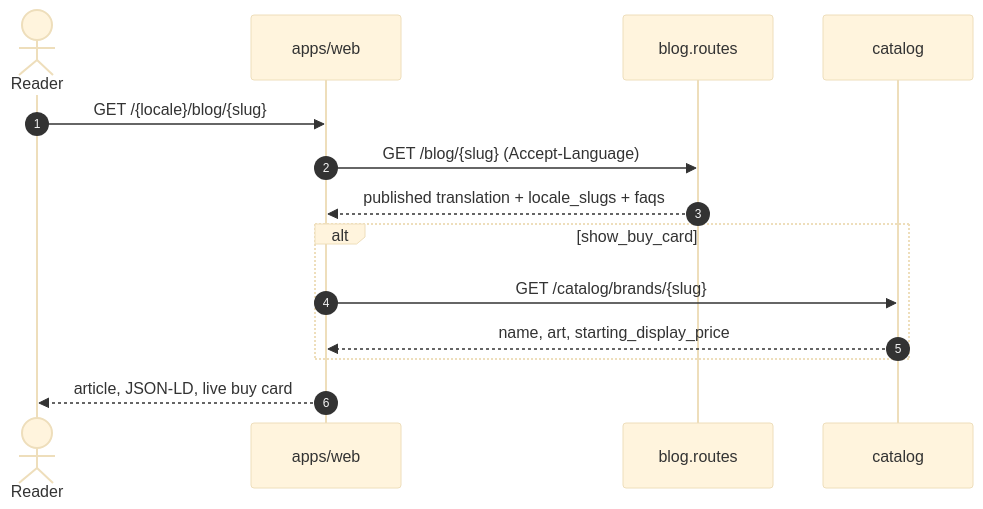
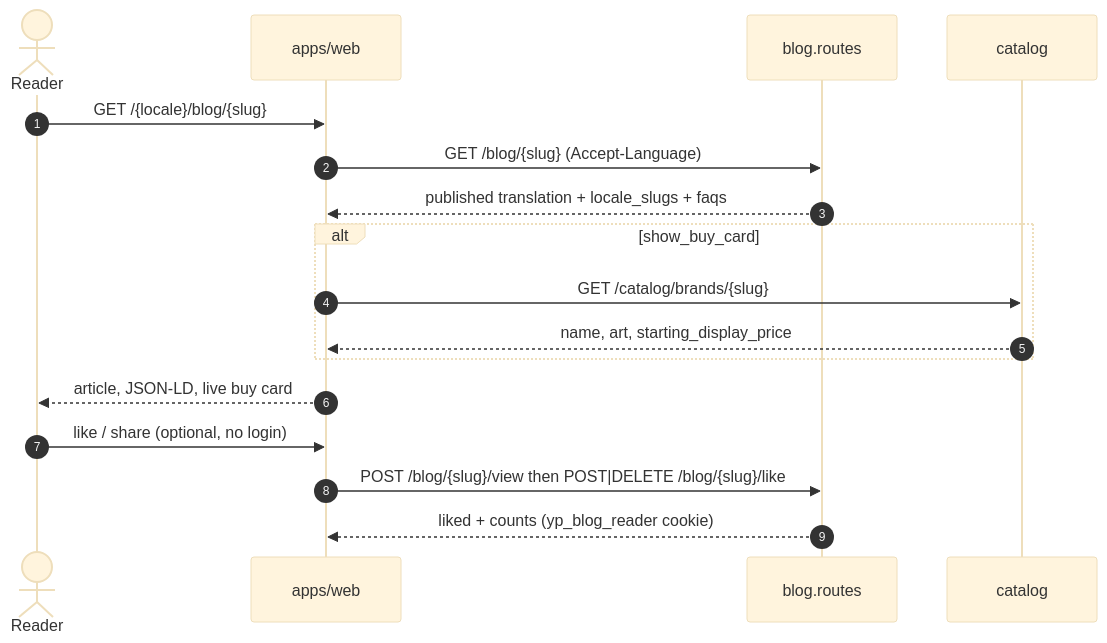
One commit to jamaomonov/yupay changed the diagram in docs/product/flows/blog.md. Above: the diagram before and after it, drawn with Mermaid (base theme). The commit also changed 31 other files, not shown here.

First line of the commit message:
feat(blog): let guests like and share posts without signing in

````diff
--- a/docs/product/flows/blog.md
+++ b/docs/product/flows/blog.md
@@ -6,17 +6,20 @@
 ```mermaid
 sequenceDiagram
     autonumber
     actor R as Reader
     participant Web as apps/web
     participant API as blog.routes
     participant Cat as catalog
 
     R->>Web: GET /{locale}/blog/{slug}
     Web->>API: GET /blog/{slug} (Accept-Language)
     API-->>Web: published translation + locale_slugs + faqs
     alt show_buy_card
         Web->>Cat: GET /catalog/brands/{slug}
         Cat-->>Web: name, art, starting_display_price
     end
     Web-->>R: article, JSON-LD, live buy card
+    R->>Web: like / share (optional, no login)
+    Web->>API: POST /blog/{slug}/view then POST|DELETE /blog/{slug}/like
+    API-->>Web: liked + counts (yp_blog_reader cookie)
 ```
````
